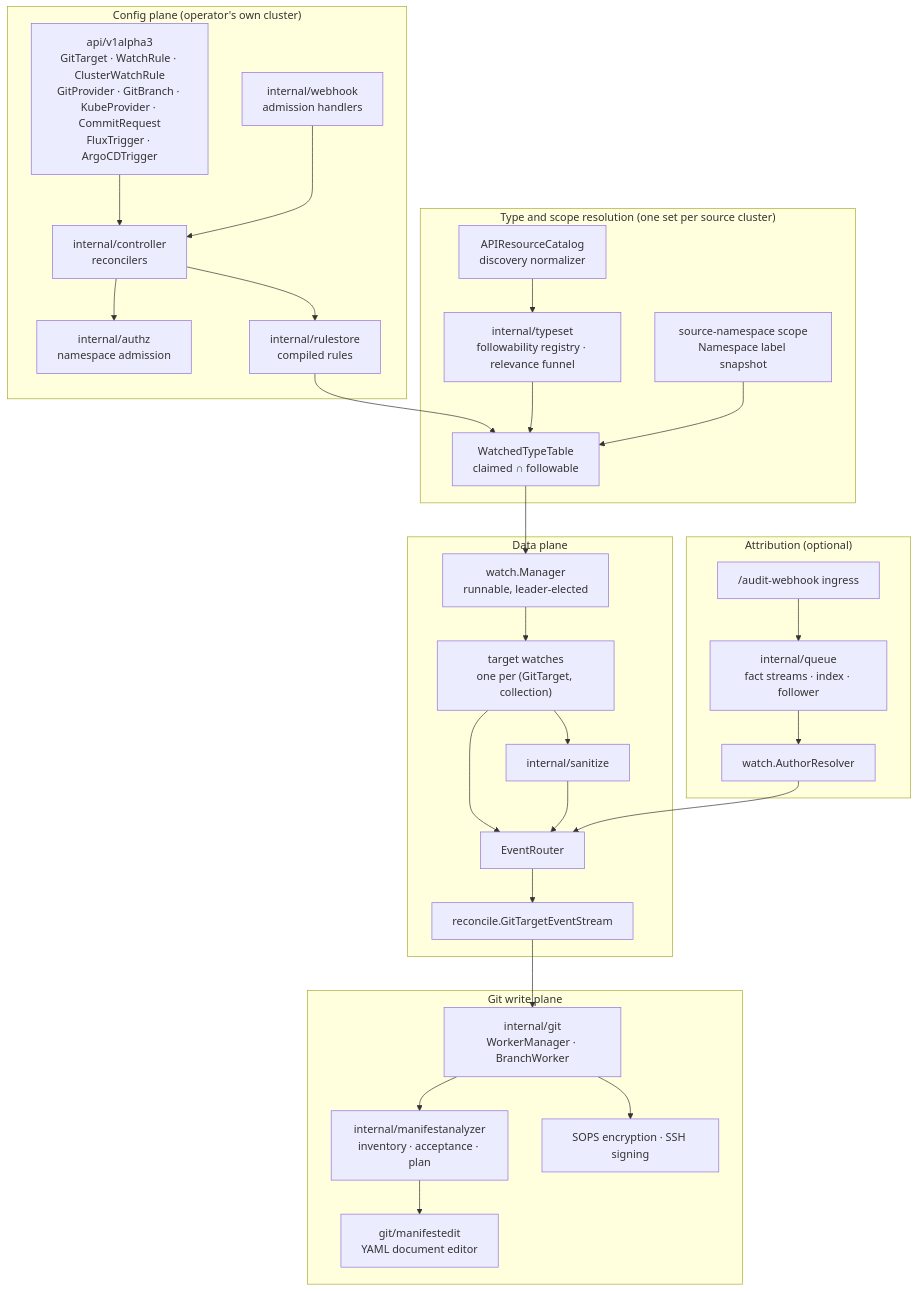
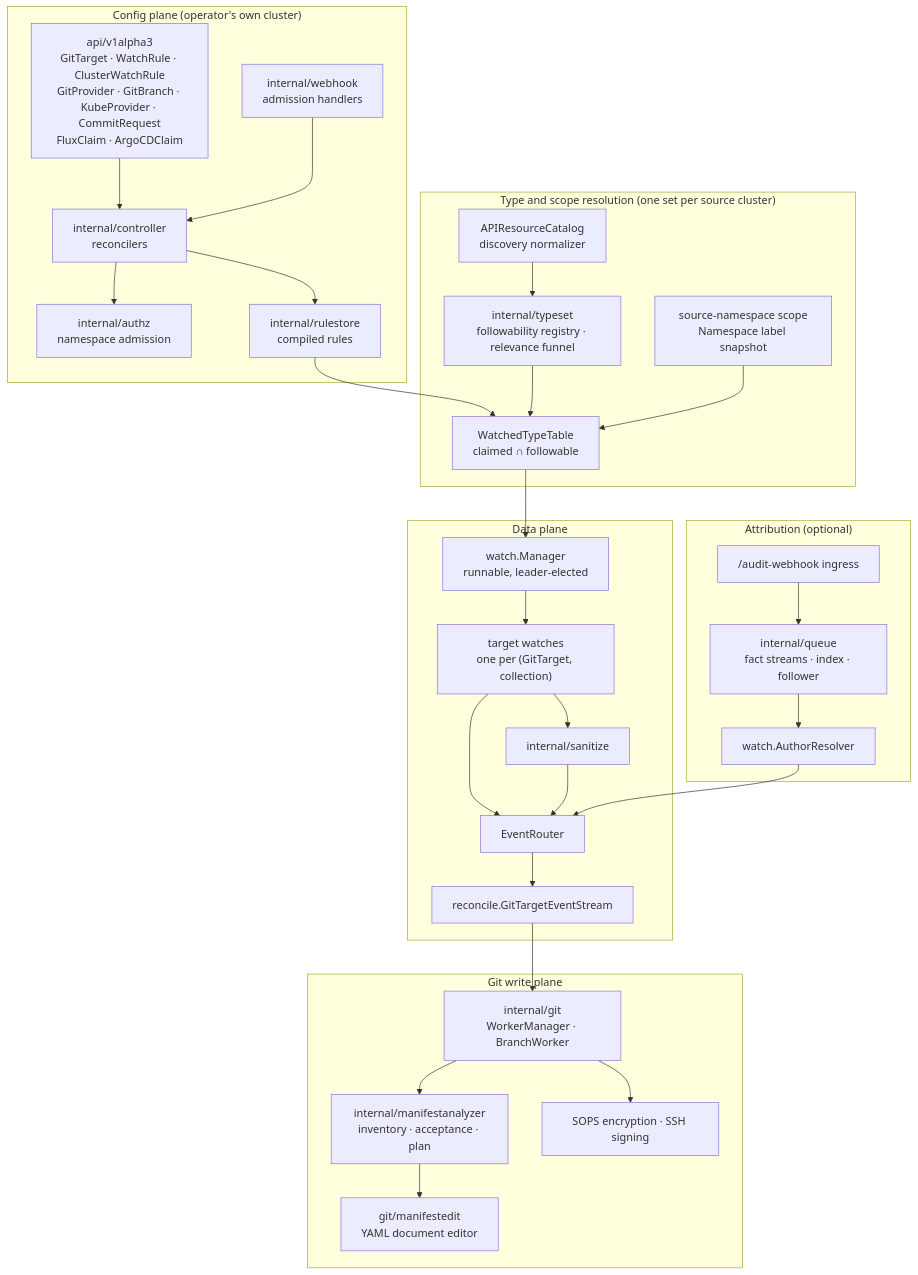
Before and after one commit to ConfigButler/gitops-reverser: the first of 3 diagrams in docs/components.md, drawn with Mermaid. The commit also changed other lines of this file and 148 other files, not shown here.

First line of the commit message:
refactor(applier)!: rename FluxTrigger/ArgoCDTrigger to FluxClaim/ArgoCDClaim (#438)

````diff
--- a/docs/components.md
+++ b/docs/components.md
@@ -23,49 +23,49 @@
 ```mermaid
 flowchart TB
     subgraph CFG["Config plane (operator's own cluster)"]
-        CRD["api/v1alpha3<br/>GitTarget · WatchRule · ClusterWatchRule<br/>GitProvider · GitBranch · KubeProvider · CommitRequest<br/>FluxTrigger · ArgoCDTrigger"]
+        CRD["api/v1alpha3<br/>GitTarget · WatchRule · ClusterWatchRule<br/>GitProvider · GitBranch · KubeProvider · CommitRequest<br/>FluxClaim · ArgoCDClaim"]
         CTRL["internal/controller<br/>reconcilers"]
         ADM["internal/webhook<br/>admission handlers"]
         AUTHZ["internal/authz<br/>namespace admission"]
         RS["internal/rulestore<br/>compiled rules"]
     end
 
     subgraph RES["Type and scope resolution (one set per source cluster)"]
         CAT["APIResourceCatalog<br/>discovery normalizer"]
         REG["internal/typeset<br/>followability registry · relevance funnel"]
         TBL["WatchedTypeTable<br/>claimed ∩ followable"]
         NSS["source-namespace scope<br/>Namespace label snapshot"]
     end
 
     subgraph DP["Data plane"]
         WM["watch.Manager<br/>runnable, leader-elected"]
         TW["target watches<br/>one per (GitTarget, collection)"]
         ER["EventRouter"]
         GTES["reconcile.GitTargetEventStream"]
         SAN["internal/sanitize"]
     end
 
     subgraph GITW["Git write plane"]
         BW["internal/git<br/>WorkerManager · BranchWorker"]
         MA["internal/manifestanalyzer<br/>inventory · acceptance · plan"]
         ME["git/manifestedit<br/>YAML document editor"]
         ENC["SOPS encryption · SSH signing"]
     end
 
     subgraph ATT["Attribution (optional)"]
         AUD["/audit-webhook ingress"]
         FS["internal/queue<br/>fact streams · index · follower"]
         AR["watch.AuthorResolver"]
     end
 
     CRD --> CTRL --> RS --> TBL
     CTRL --> AUTHZ
     ADM --> CTRL
     CAT --> REG --> TBL
     NSS --> TBL
     TBL --> WM --> TW --> ER --> GTES --> BW
     TW --> SAN --> ER
     BW --> MA --> ME
     BW --> ENC
     AUD --> FS --> AR --> ER
 ```
````
